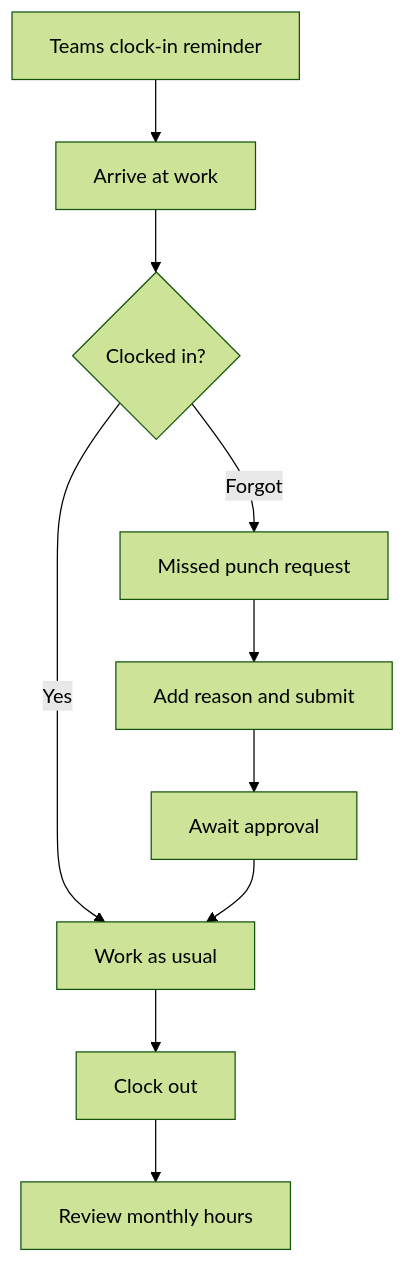
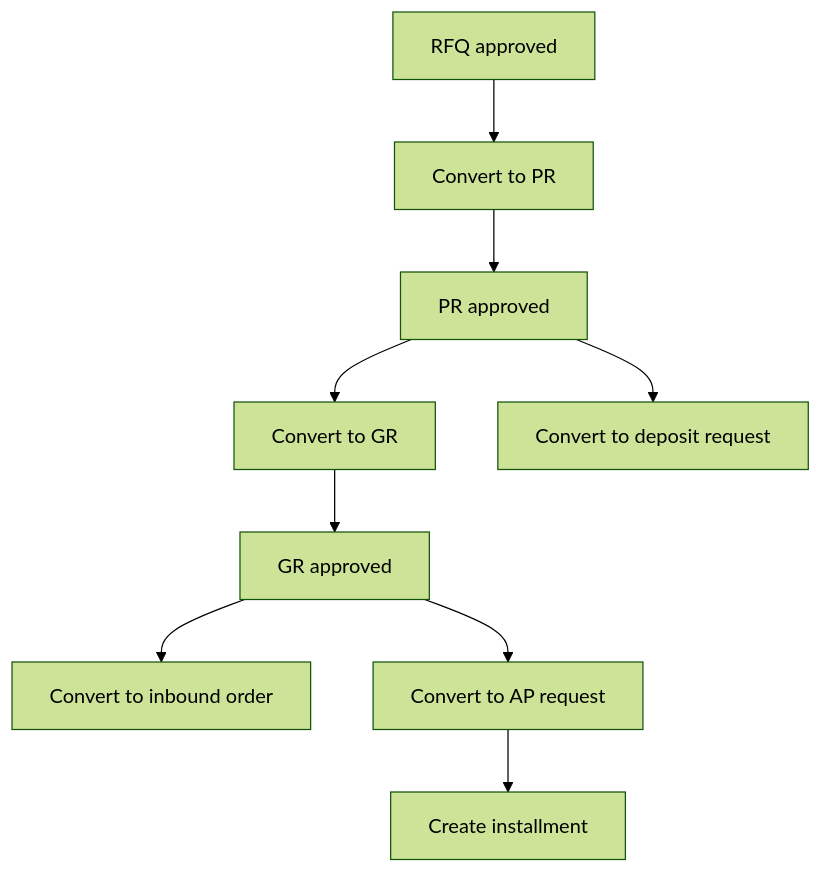
The third of 3 diagrams in docs/generated/en-user.md (cancerfreebiotech/myops), drawn with Mermaid (forest theme) before and after one commit. The commit also changed other lines of this file and 6 other files, not shown here.

````diff
--- a/docs/generated/en-user.md
+++ b/docs/generated/en-user.md
@@ -152,12 +522,11 @@
 ```mermaid
 flowchart TD
-    R[Teams clock-in reminder] --> S[Arrive at work]
-    S --> CI{Clocked in?}
-    CI -->|Yes| W[Work as usual]
-    CI -->|Forgot| M[Missed punch request]
-    M --> F[Add reason and submit]
-    F --> AP[Await approval]
-    AP --> W
-    W --> CO[Clock out]
-    CO --> E[Review monthly hours]
+    A[RFQ approved] --> B[Convert to PR]
+    B --> C[PR approved]
+    C --> D[Convert to GR]
+    C --> I[Convert to deposit request]
+    D --> E[GR approved]
+    E --> F[Convert to inbound order]
+    E --> G[Convert to AP request]
+    G --> H[Create installment]
 ```
````
